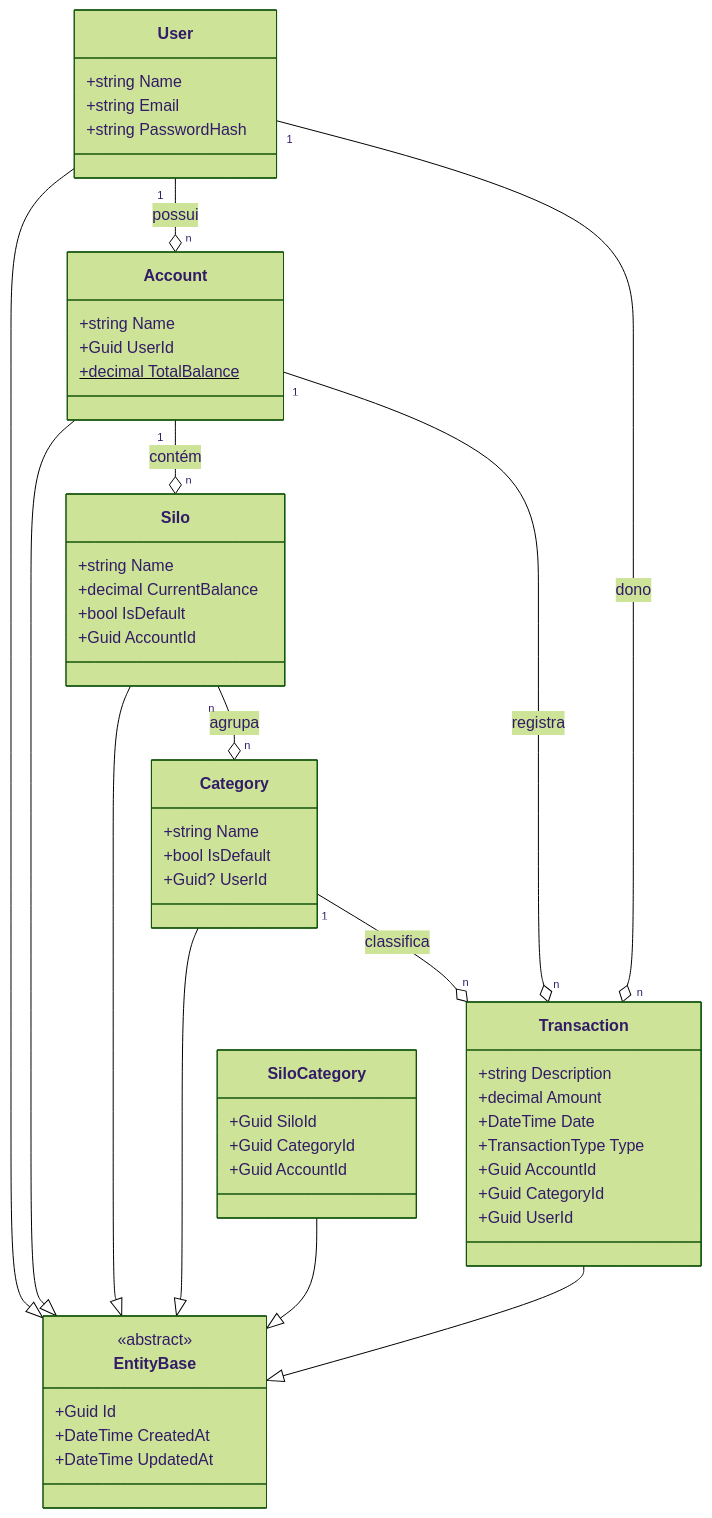
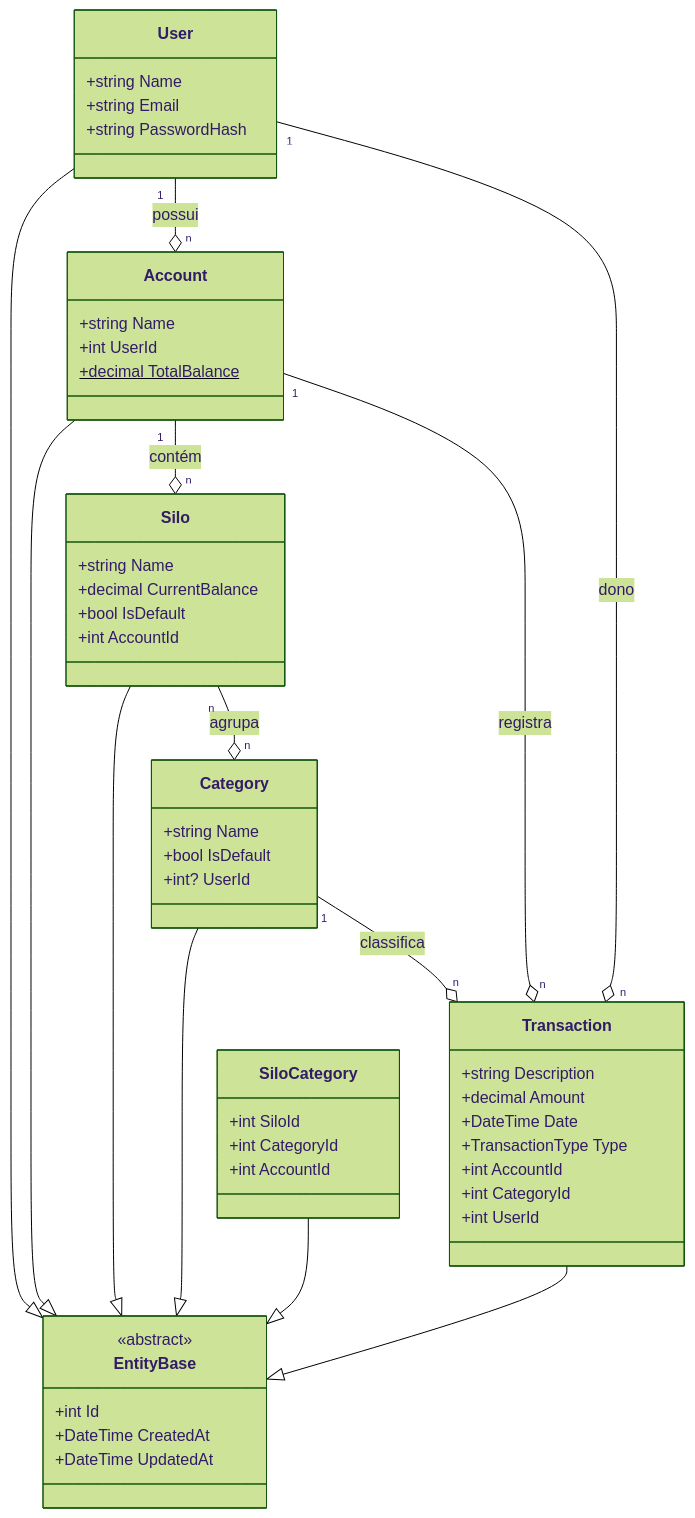
The diagram in docs/ARCHITECTURE.md (mathcolombo/silofy-api), drawn with Mermaid (forest theme) before and after one commit. The commit also changed 3 other files, not shown here.

````diff
--- a/docs/ARCHITECTURE.md
+++ b/docs/ARCHITECTURE.md
@@ -18,64 +18,64 @@
 ```mermaid
 classDiagram
     class EntityBase {
         <<abstract>>
-        +Guid Id
+        +int Id
         +DateTime CreatedAt
         +DateTime UpdatedAt
     }
 
     class User {
         +string Name
         +string Email
         +string PasswordHash
     }
 
     class Account {
         +string Name
-        +Guid UserId
+        +int UserId
         +decimal TotalBalance$
     }
 
     class Silo {
         +string Name
         +decimal CurrentBalance
         +bool IsDefault
-        +Guid AccountId
+        +int AccountId
     }
 
     class Category {
         +string Name
         +bool IsDefault
-        +Guid? UserId
+        +int? UserId
     }
 
     class SiloCategory {
-        +Guid SiloId
-        +Guid CategoryId
-        +Guid AccountId
+        +int SiloId
+        +int CategoryId
+        +int AccountId
     }
 
     class Transaction {
         +string Description
         +decimal Amount
         +DateTime Date
         +TransactionType Type
-        +Guid AccountId
-        +Guid CategoryId
-        +Guid UserId
+        +int AccountId
+        +int CategoryId
+        +int UserId
     }
 
     User --|> EntityBase
     Account --|> EntityBase
     Silo --|> EntityBase
     Category --|> EntityBase
     SiloCategory --|> EntityBase
     Transaction --|> EntityBase
 
     User "1" --o "n" Account : possui
     Account "1" --o "n" Silo : contém
     Silo "n" --o "n" Category : agrupa
     Category "1" --o "n" Transaction : classifica
     Account "1" --o "n" Transaction : registra
     User "1" --o "n" Transaction : dono
 ```
````
